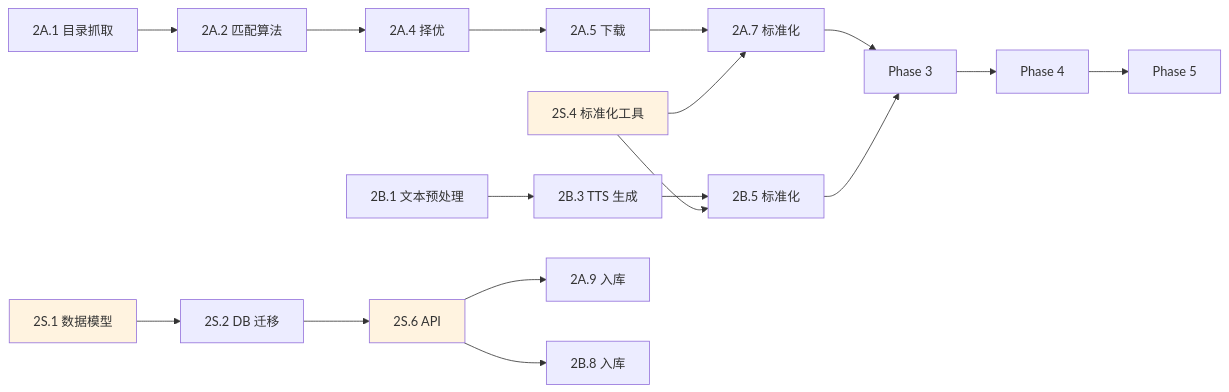
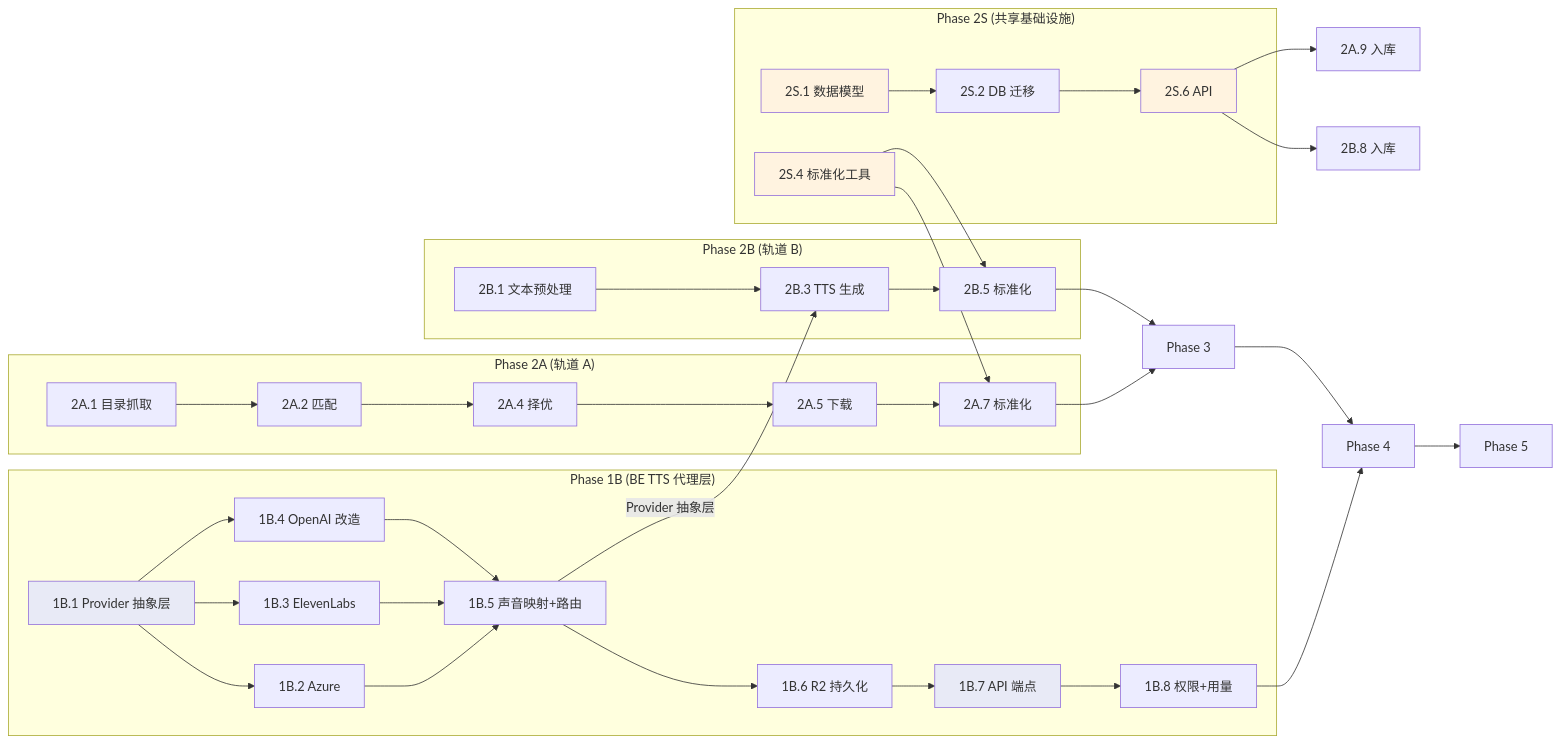
Before and after one commit to readmigo/docs: the fifth of 5 diagrams in plans/2026-02-08-audio-lab-task-orchestration.md, drawn with Mermaid. The commit also changed other lines of this file and 7 other files, not shown here.

````diff
--- a/plans/2026-02-08-audio-lab-task-orchestration.md
+++ b/plans/2026-02-08-audio-lab-task-orchestration.md
@@ -370,24 +492,46 @@
 ```mermaid
 flowchart LR
-    2S1["2S.1 数据模型"] --> 2S2["2S.2 DB 迁移"] --> 2S6["2S.6 API"]
-    2S4["2S.4 标准化工具"]
+    subgraph "Phase 1B (BE TTS 代理层)"
+        1B1["1B.1 Provider 抽象层"] --> 1B2["1B.2 Azure"]
+        1B1 --> 1B3["1B.3 ElevenLabs"]
+        1B1 --> 1B4["1B.4 OpenAI 改造"]
+        1B2 --> 1B5["1B.5 声音映射+路由"]
+        1B3 --> 1B5
+        1B4 --> 1B5
+        1B5 --> 1B6["1B.6 R2 持久化"]
+        1B6 --> 1B7["1B.7 API 端点"]
+        1B7 --> 1B8["1B.8 权限+用量"]
+    end
 
-    2A1["2A.1 目录抓取"] --> 2A2["2A.2 匹配算法"] --> 2A4["2A.4 择优"]
-    2A4 --> 2A5["2A.5 下载"] --> 2A7["2A.7 标准化"]
+    subgraph "Phase 2S (共享基础设施)"
+        2S1["2S.1 数据模型"] --> 2S2["2S.2 DB 迁移"] --> 2S6["2S.6 API"]
+        2S4["2S.4 标准化工具"]
+    end
 
-    2B1["2B.1 文本预处理"] --> 2B3["2B.3 TTS 生成"] --> 2B5["2B.5 标准化"]
+    subgraph "Phase 2A (轨道 A)"
+        2A1["2A.1 目录抓取"] --> 2A2["2A.2 匹配"] --> 2A4["2A.4 择优"]
+        2A4 --> 2A5["2A.5 下载"] --> 2A7["2A.7 标准化"]
+    end
 
+    subgraph "Phase 2B (轨道 B)"
+        2B1["2B.1 文本预处理"] --> 2B3["2B.3 TTS 生成"] --> 2B5["2B.5 标准化"]
+    end
+
+    1B5 -->|"Provider 抽象层"| 2B3
     2S4 --> 2A7
     2S4 --> 2B5
     2S6 --> 2A9["2A.9 入库"]
     2S6 --> 2B8["2B.8 入库"]
 
     2A7 --> 3X["Phase 3"]
     2B5 --> 3X
-    3X --> 4X["Phase 4"]
+    1B8 --> 4X["Phase 4"]
+    3X --> 4X
     4X --> 5X["Phase 5"]
 
+    style 1B1 fill:#e8eaf6
+    style 1B7 fill:#e8eaf6
     style 2S1 fill:#fff3e0
     style 2S4 fill:#fff3e0
     style 2S6 fill:#fff3e0
 ```
````
